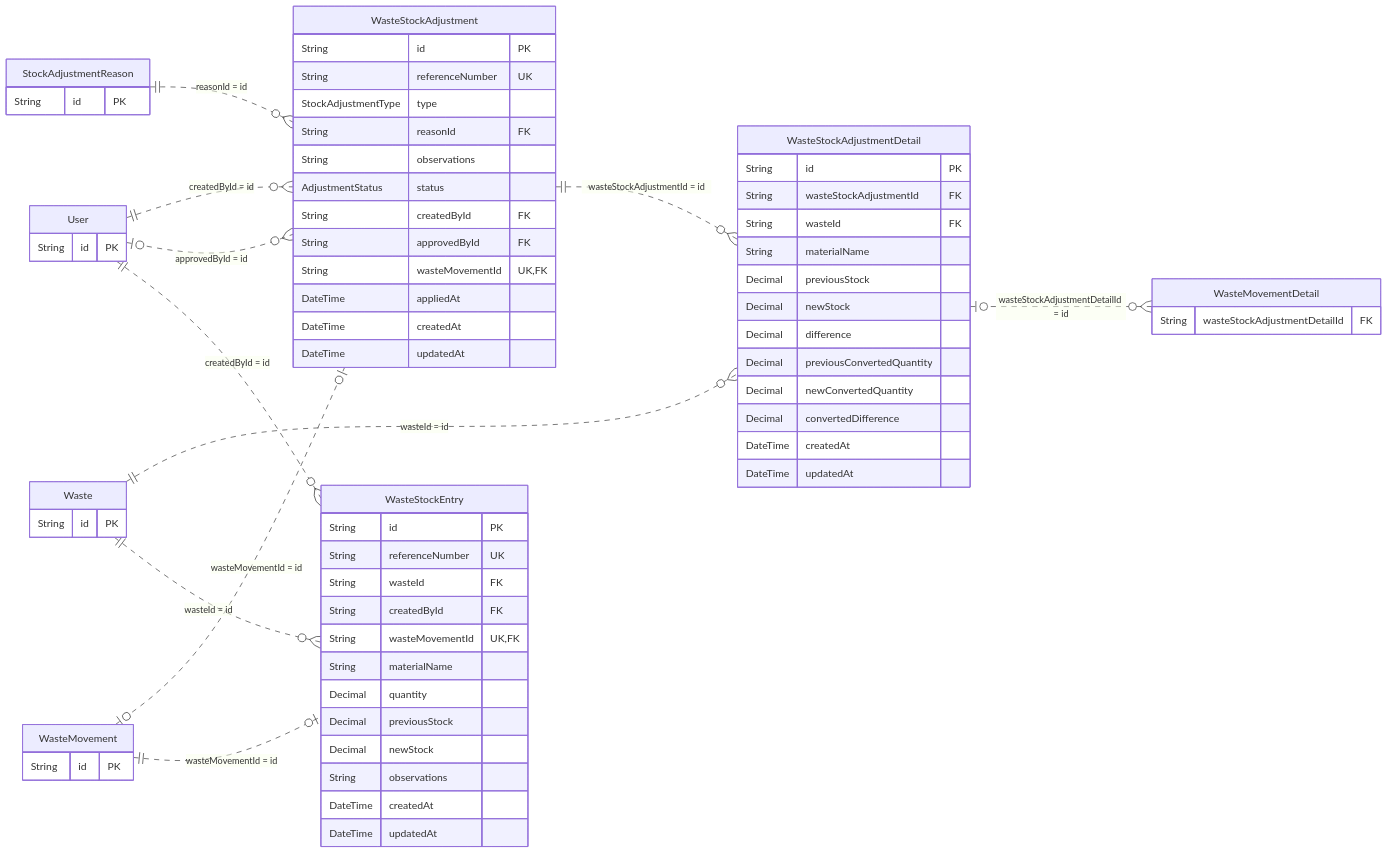
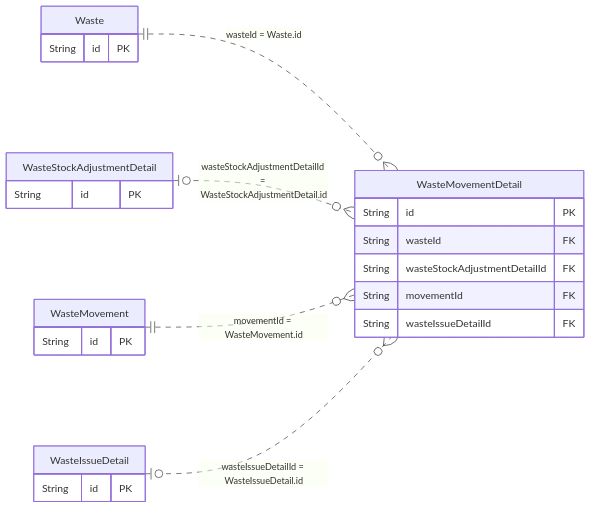
One commit to gpgsistemas01/nexus changed diagram 20 of 22 in docs/architecture/views/logical/data-and-persistence/generated/database-schema.md. Above: the diagram before and after it, drawn with Mermaid. The commit also changed other lines of this file and 4 other files, not shown here.

Commit message:
docs: simplificar vista lógica y aclarar relaciones del modelo ER

````diff
--- a/docs/architecture/views/logical/data-and-persistence/generated/database-schema.md
+++ b/docs/architecture/views/logical/data-and-persistence/generated/database-schema.md
@@ -989,71 +623,27 @@
 ```mermaid
 erDiagram
     direction LR
-    WasteStockEntry {
+    WasteMovementDetail {
         String id PK
-        String referenceNumber UK
         String wasteId FK
-        String createdById FK
-        String wasteMovementId UK,FK
-        String materialName
-        Decimal quantity
-        Decimal previousStock
-        Decimal newStock
-        String observations
-        DateTime createdAt
-        DateTime updatedAt
+        String wasteStockAdjustmentDetailId FK
+        String movementId FK
+        String wasteIssueDetailId FK
     }
-    WasteStockAdjustment {
+    Waste {
         String id PK
-        String referenceNumber UK
-        StockAdjustmentType type
-        String reasonId FK
-        String observations
-        AdjustmentStatus status
-        String createdById FK
-        String approvedById FK
-        String wasteMovementId UK,FK
-        DateTime appliedAt
-        DateTime createdAt
-        DateTime updatedAt
     }
     WasteStockAdjustmentDetail {
-        String id PK
-        String wasteStockAdjustmentId FK
-        String wasteId FK
-        String materialName
-        Decimal previousStock
-        Decimal newStock
-        Decimal difference
-        Decimal previousConvertedQuantity
-        Decimal newConvertedQuantity
-        Decimal convertedDifference
-        DateTime createdAt
-        DateTime updatedAt
-    }
-    StockAdjustmentReason {
-        String id PK
-    }
-    User {
         String id PK
     }
     WasteMovement {
         String id PK
     }
-    Waste {
+    WasteIssueDetail {
         String id PK
     }
-    WasteMovementDetail {
-        String wasteStockAdjustmentDetailId FK
-    }
-    StockAdjustmentReason ||..o{ WasteStockAdjustment : "reasonId = id"
-    User ||..o{ WasteStockAdjustment : "createdById = id"
-    User o|..o{ WasteStockAdjustment : "approvedById = id"
-    WasteMovement o|..o| WasteStockAdjustment : "wasteMovementId = id"
-    WasteStockAdjustment ||..o{ WasteStockAdjustmentDetail : "wasteStockAdjustmentId = id"
-    Waste ||..o{ WasteStockAdjustmentDetail : "wasteId = id"
-    Waste ||..o{ WasteStockEntry : "wasteId = id"
-    User ||..o{ WasteStockEntry : "createdById = id"
-    WasteMovement ||..o| WasteStockEntry : "wasteMovementId = id"
-    WasteStockAdjustmentDetail o|..o{ WasteMovementDetail : "wasteStockAdjustmentDetailId = id"
+    Waste ||..o{ WasteMovementDetail : "wasteId = Waste.id"
+    WasteStockAdjustmentDetail o|..o{ WasteMovementDetail : "wasteStockAdjustmentDetailId = WasteStockAdjustmentDetail.id"
+    WasteMovement ||..o{ WasteMovementDetail : "movementId = WasteMovement.id"
+    WasteIssueDetail o|..o{ WasteMovementDetail : "wasteIssueDetailId = WasteIssueDetail.id"
 ```
````
